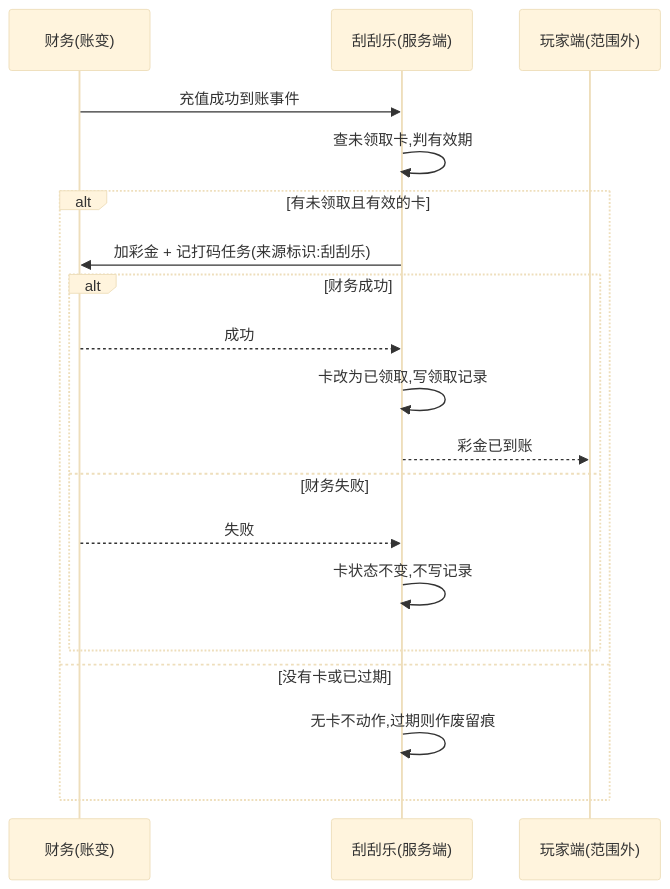
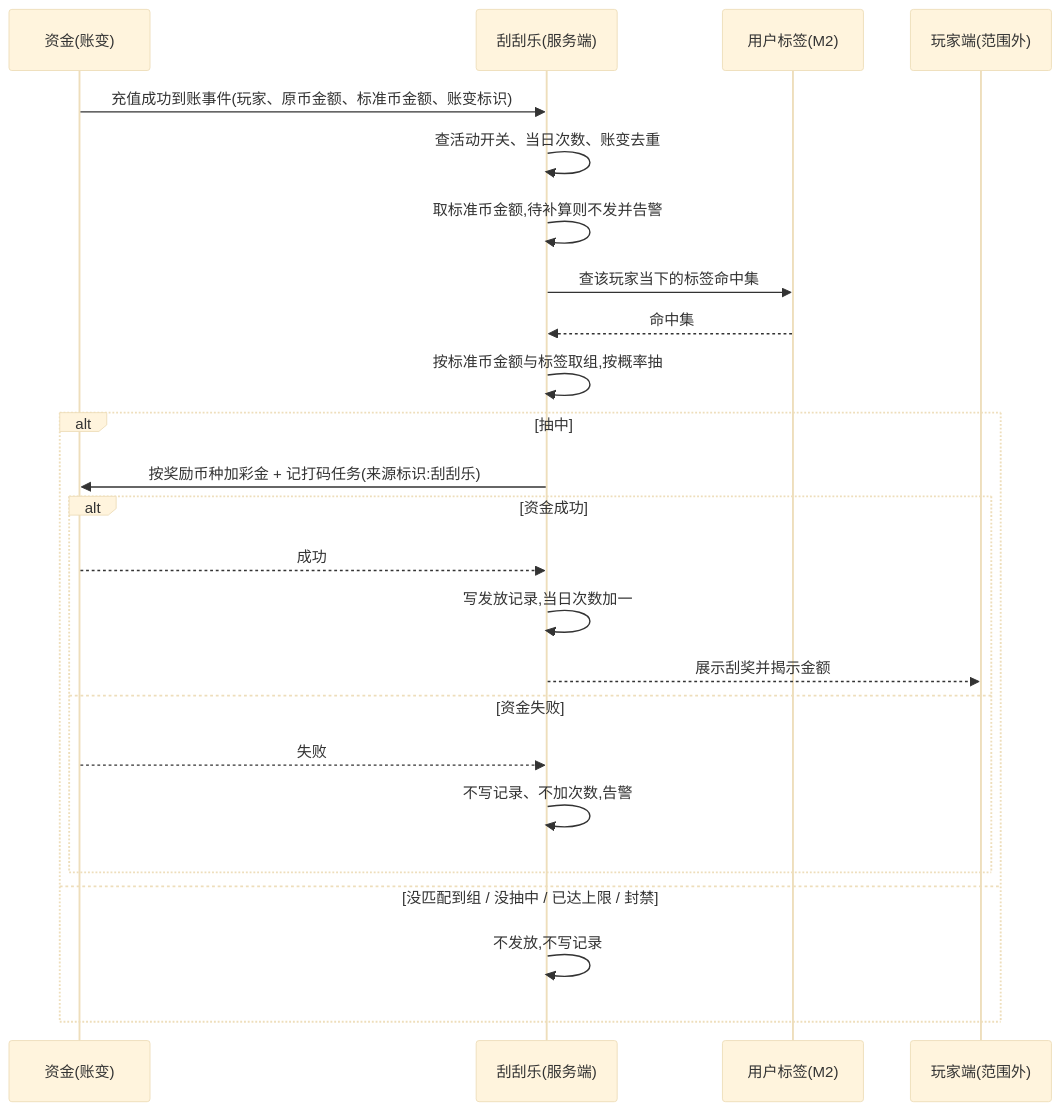
The second of 2 diagrams in M4-活动管理/4.4-刮刮乐/README.md (bingo-lab-1/bingo-figma), drawn with Mermaid (base theme) before and after one commit. The commit also changed other lines of this file and 2 other files, not shown here.

````diff
--- a/M4-活动管理/4.4-刮刮乐/README.md
+++ b/M4-活动管理/4.4-刮刮乐/README.md
@@ -352,21 +306,26 @@
 ```mermaid
 sequenceDiagram
-    participant F as 财务(账变)
+    participant F as 资金(账变)
     participant S as 刮刮乐(服务端)
+    participant M as 用户标签(M2)
     participant P as 玩家端(范围外)
-    F->>S: 充值成功到账事件
-    S->>S: 查未领取卡,判有效期
-    alt 有未领取且有效的卡
-        S->>F: 加彩金 + 记打码任务(来源标识:刮刮乐)
-        alt 财务成功
+    F->>S: 充值成功到账事件(玩家、原币金额、标准币金额、账变标识)
+    S->>S: 查活动开关、当日次数、账变去重
+    S->>S: 取标准币金额,待补算则不发并告警
+    S->>M: 查该玩家当下的标签命中集
+    M-->>S: 命中集
+    S->>S: 按标准币金额与标签取组,按概率抽
+    alt 抽中
+        S->>F: 按奖励币种加彩金 + 记打码任务(来源标识:刮刮乐)
+        alt 资金成功
             F-->>S: 成功
-            S->>S: 卡改为已领取,写领取记录
-            S-->>P: 彩金已到账
-        else 财务失败
+            S->>S: 写发放记录,当日次数加一
+            S-->>P: 展示刮奖并揭示金额
+        else 资金失败
             F-->>S: 失败
-            S->>S: 卡状态不变,不写记录
+            S->>S: 不写记录、不加次数,告警
         end
-    else 没有卡或已过期
-        S->>S: 无卡不动作,过期则作废留痕
+    else 没匹配到组 / 没抽中 / 已达上限 / 封禁
+        S->>S: 不发放,不写记录
     end
 ```
````
